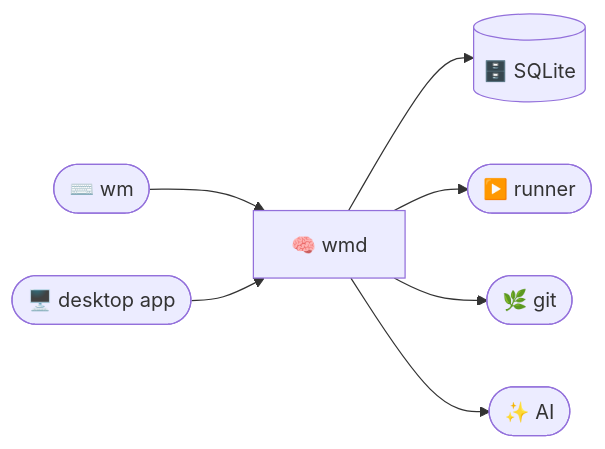
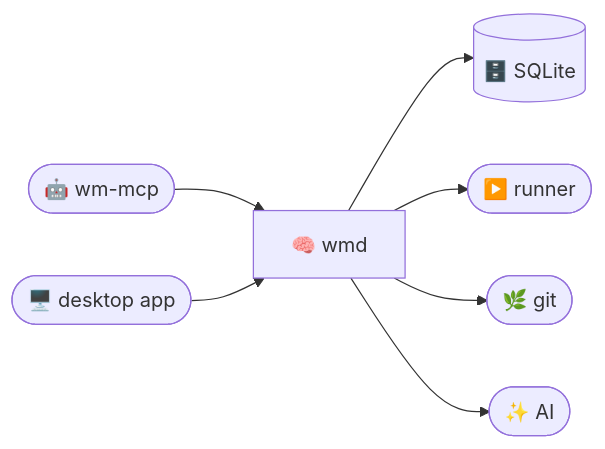
One commit to aliharakeh/workspace-manager changed the diagram in README.md. Above: the diagram before and after it, drawn with Mermaid. The commit also changed other lines of this file and 38 other files, not shown here.

````diff
--- a/README.md
+++ b/README.md
@@ -23,9 +23,9 @@
 ```mermaid
 flowchart LR
-    CLI(["⌨️ wm"]) --> S["🧠 wmd"]
+    MCP(["🤖 wm-mcp"]) --> S["🧠 wmd"]
     GUI(["🖥️ desktop app"]) --> S
     S --> DB[("🗄️ SQLite")]
     S --> R(["▶️ runner"])
     S --> G(["🌿 git"])
     S --> A(["✨ AI"])
 ```
````
